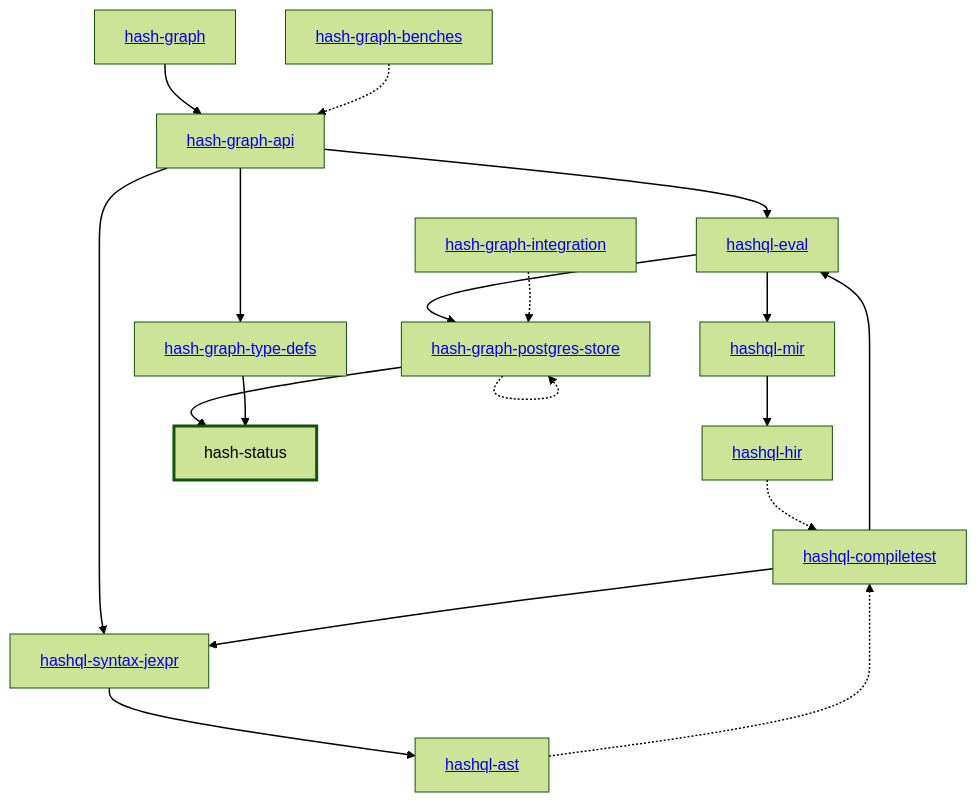
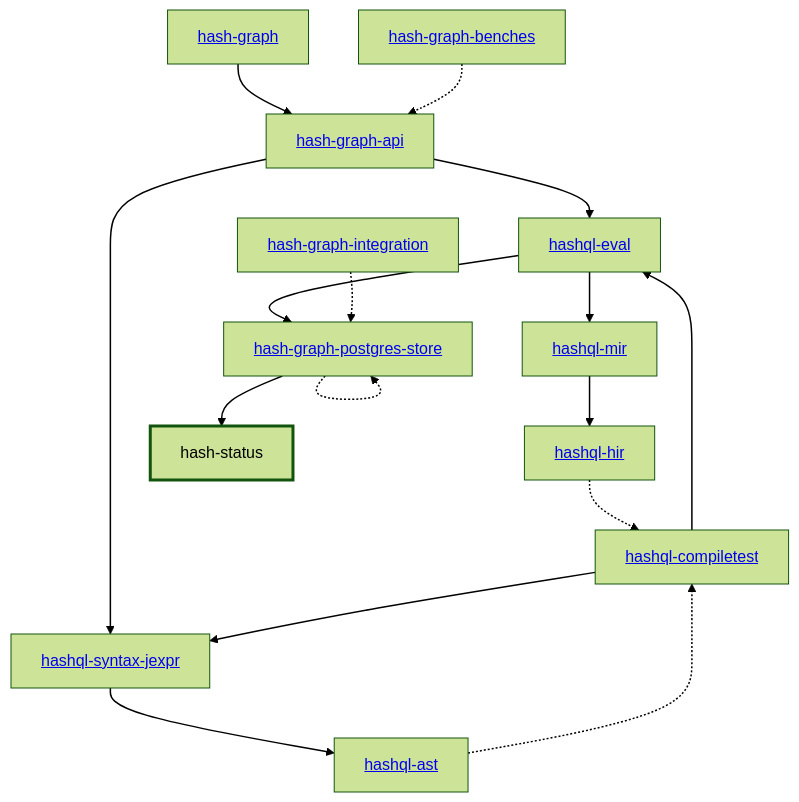
Before and after one commit to hashintel/hash: the diagram in libs/@local/status/rust/docs/dependency-diagram.mmd, drawn with Mermaid (forest theme). The commit also changed 27 other files, not shown here.

First line of the commit message:
SRE-986: Dissolve the graph type-defs crate into the graph API

```diff
--- a/libs/@local/status/rust/docs/dependency-diagram.mmd
+++ b/libs/@local/status/rust/docs/dependency-diagram.mmd
@@ -1,41 +1,38 @@
 graph TD
     linkStyle default stroke-width:1.5px
     classDef default stroke-width:1px
     classDef root stroke-width:3px
     classDef dev stroke-width:1px
     classDef build stroke-width:1px
     %% Legend
     %% --> : Normal dependency
     %% -.-> : Dev dependency
     %% ---> : Build dependency
     0[<a href="../hash_graph/index.html">hash-graph</a>]
     1[<a href="../hash_graph_api/index.html">hash-graph-api</a>]
     2[<a href="../hash_graph_postgres_store/index.html">hash-graph-postgres-store</a>]
-    3[<a href="../hash_graph_type_defs/index.html">hash-graph-type-defs</a>]
-    4[<a href="../hashql_ast/index.html">hashql-ast</a>]
-    5[<a href="../hashql_compiletest/index.html">hashql-compiletest</a>]
-    6[<a href="../hashql_eval/index.html">hashql-eval</a>]
-    7[<a href="../hashql_hir/index.html">hashql-hir</a>]
-    8[<a href="../hashql_mir/index.html">hashql-mir</a>]
-    9[<a href="../hashql_syntax_jexpr/index.html">hashql-syntax-jexpr</a>]
-    10[hash-status]
-    class 10 root
-    11[<a href="../hash_graph_benches/index.html">hash-graph-benches</a>]
-    12[<a href="../hash_graph_integration/index.html">hash-graph-integration</a>]
+    3[<a href="../hashql_ast/index.html">hashql-ast</a>]
+    4[<a href="../hashql_compiletest/index.html">hashql-compiletest</a>]
+    5[<a href="../hashql_eval/index.html">hashql-eval</a>]
+    6[<a href="../hashql_hir/index.html">hashql-hir</a>]
+    7[<a href="../hashql_mir/index.html">hashql-mir</a>]
+    8[<a href="../hashql_syntax_jexpr/index.html">hashql-syntax-jexpr</a>]
+    9[hash-status]
+    class 9 root
+    10[<a href="../hash_graph_benches/index.html">hash-graph-benches</a>]
+    11[<a href="../hash_graph_integration/index.html">hash-graph-integration</a>]
     0 --> 1
-    1 --> 3
-    1 --> 6
-    1 --> 9
+    1 --> 5
+    1 --> 8
     2 -.-> 2
-    2 --> 10
-    3 --> 10
-    4 -.-> 5
-    5 --> 6
-    5 --> 9
-    6 --> 2
-    6 --> 8
-    7 -.-> 5
-    8 --> 7
-    9 --> 4
-    11 -.-> 1
-    12 -.-> 2
+    2 --> 9
+    3 -.-> 4
+    4 --> 5
+    4 --> 8
+    5 --> 2
+    5 --> 7
+    6 -.-> 4
+    7 --> 6
+    8 --> 3
+    10 -.-> 1
+    11 -.-> 2
```
